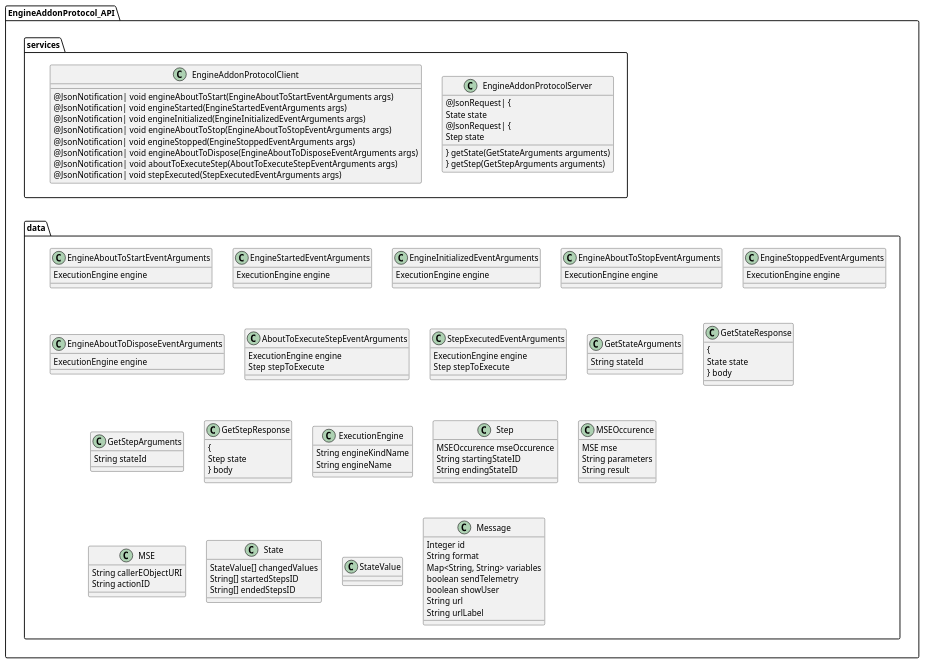
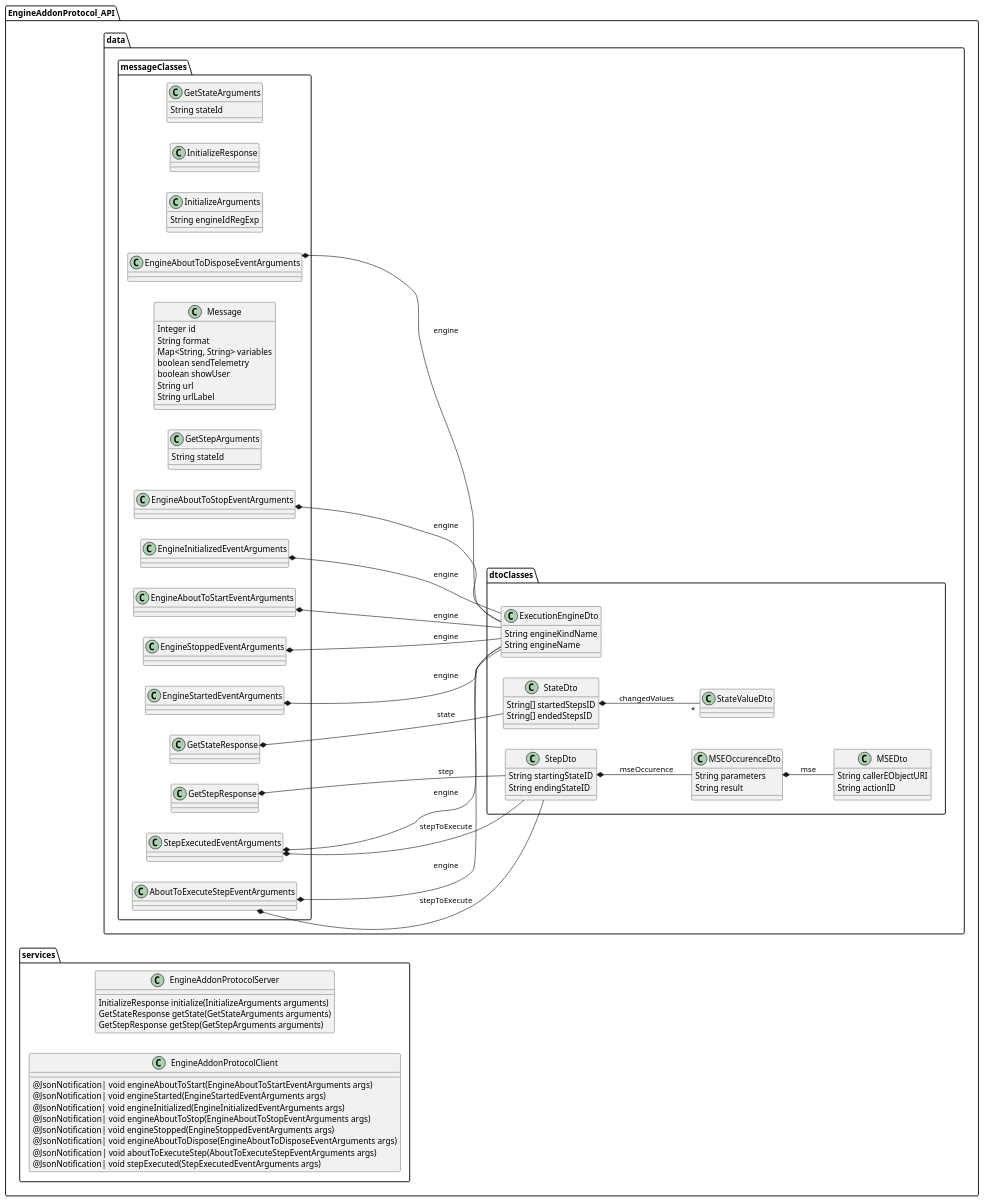
The diagram in protocols/engine_addon_protocol/docs/images/EngineAddonProtocol.plantuml (eclipse-gemoc/gemoc-studio-modeldebugging), drawn with PlantUML before and after one commit. The commit also changed 852 other files, not shown here.

```diff
--- a/protocols/engine_addon_protocol/docs/images/EngineAddonProtocol.plantuml
+++ b/protocols/engine_addon_protocol/docs/images/EngineAddonProtocol.plantuml
@@ -1,105 +1,122 @@
 @startuml
 ' GENERATED FILE, DO NOT MODIFY MANUALLY
+left to right direction
 
 package EngineAddonProtocol_API {
 package data {
+package messageClasses {
 class EngineAboutToStartEventArguments  {
-	ExecutionEngine engine
 }
 class EngineStartedEventArguments  {
-	ExecutionEngine engine
 }
 class EngineInitializedEventArguments  {
-	ExecutionEngine engine
 }
 class EngineAboutToStopEventArguments  {
-	ExecutionEngine engine
 }
 class EngineStoppedEventArguments  {
-	ExecutionEngine engine
 }
 class EngineAboutToDisposeEventArguments  {
-	ExecutionEngine engine
 }
 class AboutToExecuteStepEventArguments  {
-	ExecutionEngine engine
-	Step stepToExecute
 }
 class StepExecutedEventArguments  {
-	ExecutionEngine engine
-	Step stepToExecute
+}
+class InitializeArguments  {
+	String engineIdRegExp
+}
+class InitializeResponse  {
 }
 class GetStateArguments  {
 	String stateId
 }
 class GetStateResponse  {
-	{
-		State state
-	} body
 }
 class GetStepArguments  {
 	String stateId
 }
 class GetStepResponse  {
-	{
-		Step state
-	} body
-}
-class ExecutionEngine  {
-	String engineKindName
-	String engineName
-}
-class Step  {
-	MSEOccurence mseOccurence
-	String startingStateID
-	String endingStateID
-}
-class MSEOccurence  {
-	MSE mse
-	String parameters
-	String result
-}
-class MSE  {
-	String callerEObjectURI
-	String actionID
-}
-class State  {
-	StateValue[] changedValues
-	String[] startedStepsID
-	String[] endedStepsID
-}
-class StateValue  {
 }
 class Message  {
 	Integer id
 	String format
 	Map<String, String> variables
 	boolean sendTelemetry
 	boolean showUser
 	String url
 	String urlLabel
 }
 }
+package dtoClasses {
+class ExecutionEngineDto  {
+	String engineKindName
+	String engineName
+}
+class StepDto  {
+	String startingStateID
+	String endingStateID
+}
+class MSEOccurenceDto  {
+	String parameters
+	String result
+}
+class MSEDto  {
+	String callerEObjectURI
+	String actionID
+}
+class StateDto  {
+	String[] startedStepsID
+	String[] endedStepsID
+}
+class StateValueDto  {
+}
+}
+}
+EngineAboutToStartEventArguments *-- ExecutionEngineDto :  engine
+EngineStartedEventArguments *-- ExecutionEngineDto :  engine
+EngineInitializedEventArguments *-- ExecutionEngineDto :  engine
+EngineAboutToStopEventArguments *-- ExecutionEngineDto :  engine
+EngineStoppedEventArguments *-- ExecutionEngineDto :  engine
+EngineAboutToDisposeEventArguments *-- ExecutionEngineDto :  engine
+AboutToExecuteStepEventArguments *-- ExecutionEngineDto :  engine
+AboutToExecuteStepEventArguments *-- StepDto :  stepToExecute
+StepExecutedEventArguments *-- ExecutionEngineDto :  engine
+StepExecutedEventArguments *-- StepDto :  stepToExecute
+GetStateResponse *-- StateDto :  state
+GetStepResponse *-- StepDto :  step
+StepDto *-- MSEOccurenceDto :  mseOccurence
+MSEOccurenceDto *-- MSEDto :  mse
+StateDto *-- "*" StateValueDto :  changedValues
+EngineAboutToStartEventArguments -[hidden]- dtoClasses
+EngineStartedEventArguments -[hidden]- dtoClasses
+EngineInitializedEventArguments -[hidden]- dtoClasses
+EngineAboutToStopEventArguments -[hidden]- dtoClasses
+EngineStoppedEventArguments -[hidden]- dtoClasses
+EngineAboutToDisposeEventArguments -[hidden]- dtoClasses
+AboutToExecuteStepEventArguments -[hidden]- dtoClasses
+StepExecutedEventArguments -[hidden]- dtoClasses
+InitializeArguments -[hidden]- dtoClasses
+InitializeResponse -[hidden]- dtoClasses
+GetStateArguments -[hidden]- dtoClasses
+GetStateResponse -[hidden]- dtoClasses
+GetStepArguments -[hidden]- dtoClasses
+GetStepResponse -[hidden]- dtoClasses
+Message -[hidden]- dtoClasses
 package services {
 class EngineAddonProtocolServer {
-	@JsonRequest| {
-		State state
-	} getState(GetStateArguments arguments)
-	@JsonRequest| {
-		Step state
-	} getStep(GetStepArguments arguments)
+	InitializeResponse initialize(InitializeArguments arguments)
+	GetStateResponse getState(GetStateArguments arguments)
+	GetStepResponse getStep(GetStepArguments arguments)
 }
 class EngineAddonProtocolClient {
 	@JsonNotification| void engineAboutToStart(EngineAboutToStartEventArguments args)
 	@JsonNotification| void engineStarted(EngineStartedEventArguments args)
 	@JsonNotification| void engineInitialized(EngineInitializedEventArguments args)
 	@JsonNotification| void engineAboutToStop(EngineAboutToStopEventArguments args)
 	@JsonNotification| void engineStopped(EngineStoppedEventArguments args)
 	@JsonNotification| void engineAboutToDispose(EngineAboutToDisposeEventArguments args)
 	@JsonNotification| void aboutToExecuteStep(AboutToExecuteStepEventArguments args)
 	@JsonNotification| void stepExecuted(StepExecutedEventArguments args)
 }
 }
-services -[hidden]- data
 }
 @enduml
```
